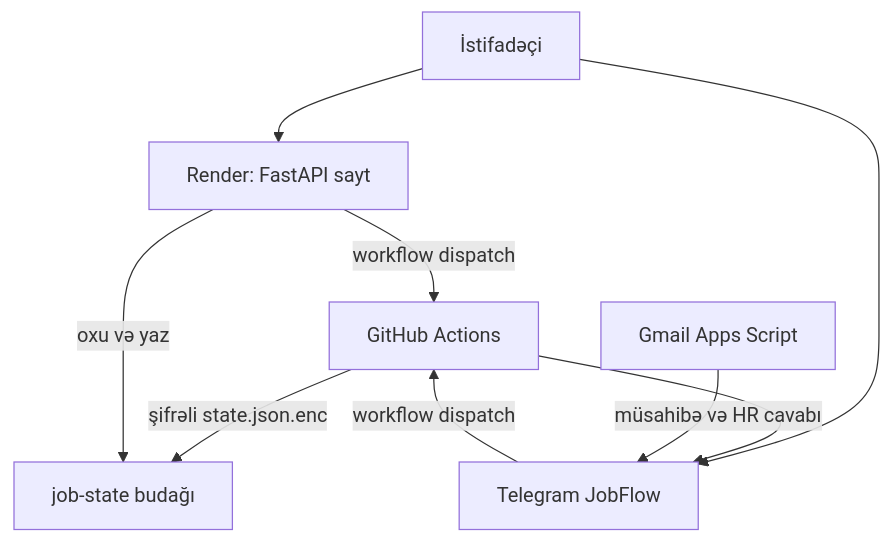
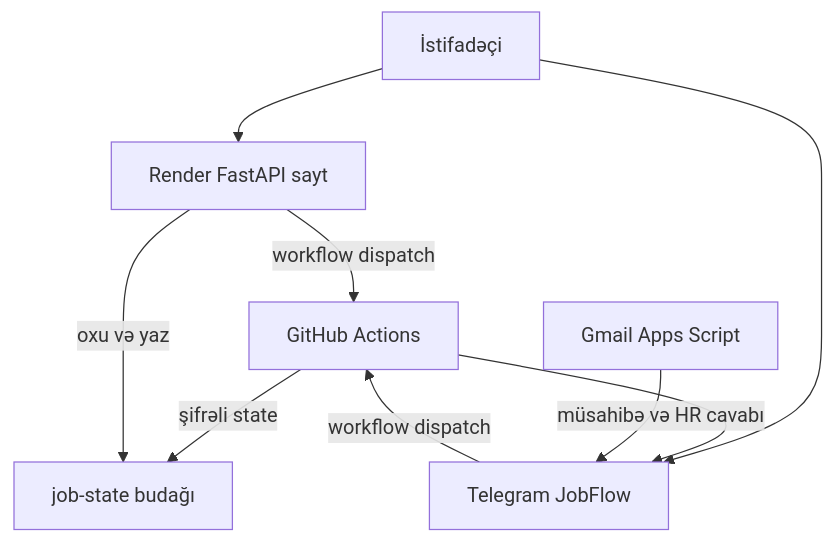
The second of 6 diagrams in README.md (1mranhajiyev/job-auto-flow), drawn with Mermaid before and after one commit. The commit also changed other lines of this file, not shown here.

First line of the commit message:
Fix the README diagrams so GitHub can render them.

````diff
--- a/README.md
+++ b/README.md
@@ -38,18 +38,18 @@
 ```mermaid
 flowchart TB
   User[İstifadəçi]
-  Render[Render: FastAPI sayt]
+  Render[Render FastAPI sayt]
   GH[GitHub Actions]
   State[job-state budağı]
   Bot[Telegram JobFlow]
   Gmail[Gmail Apps Script]
 
   User --> Render
   User --> Bot
   Render -->|workflow dispatch| GH
   Bot -->|workflow dispatch| GH
-  GH -->|şifrəli state.json.enc| State
+  GH -->|şifrəli state| State
   Render -->|oxu və yaz| State
   GH --> Bot
   Gmail -->|müsahibə və HR cavabı| Bot
 ```
````
